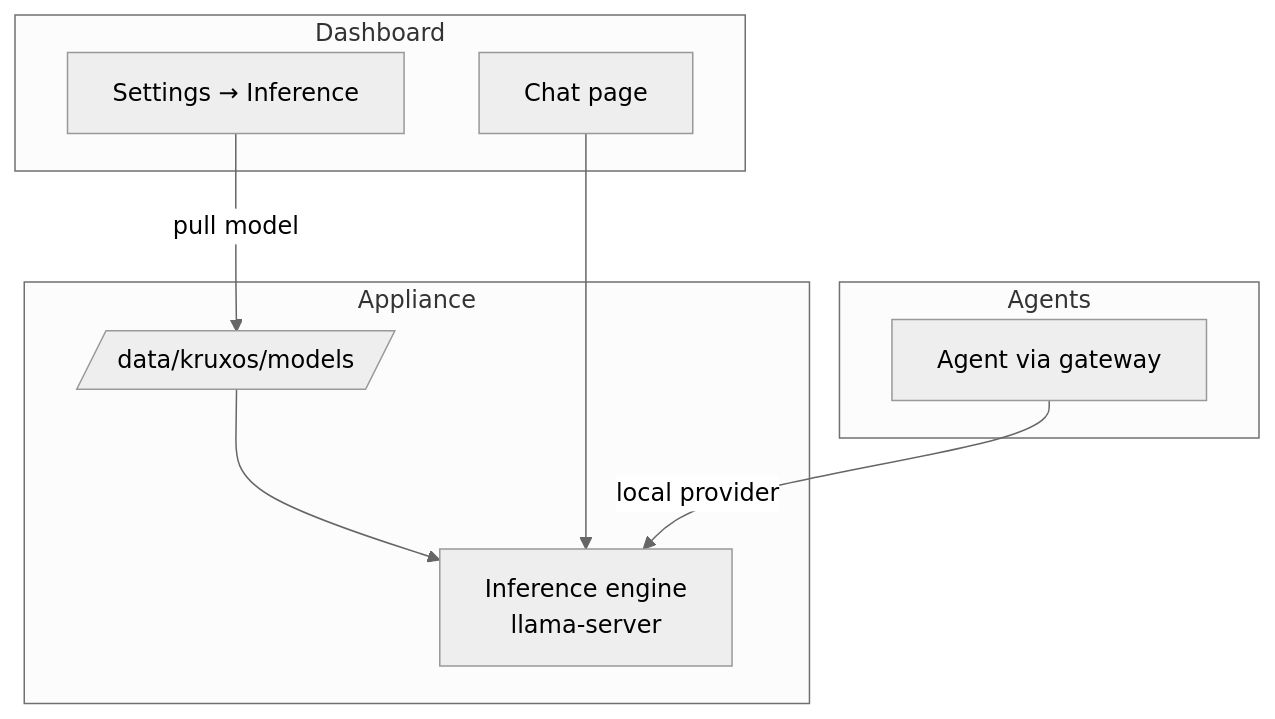
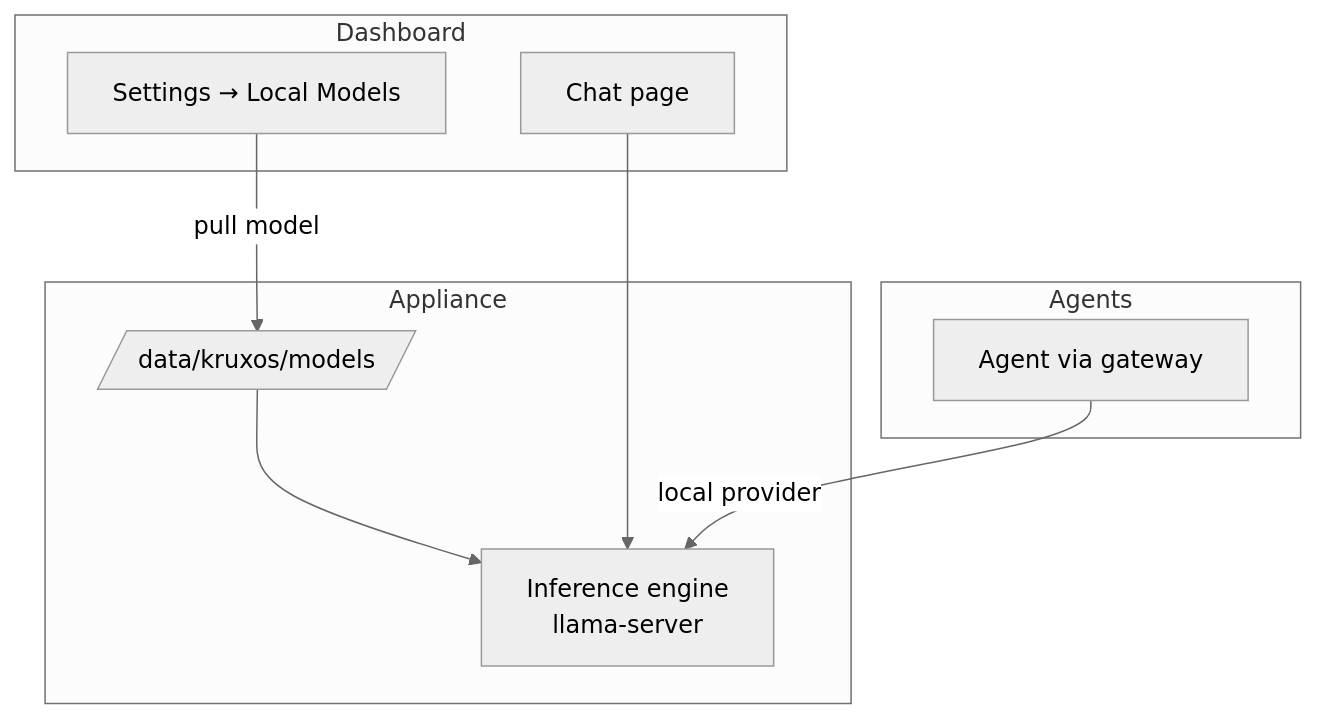
Before and after one commit to altvale/kruxos: the diagram in docs/public/docs/guides/on-appliance-inference.md, drawn with Mermaid (neutral theme). The commit also changed other lines of this file and 1 other file, not shown here.

First line of the commit message:
docs: document the model-license advisory badges (v0.0.3) + Local Models tab name

````diff
--- a/docs/public/docs/guides/on-appliance-inference.md
+++ b/docs/public/docs/guides/on-appliance-inference.md
@@ -9,18 +9,18 @@
 ```mermaid
 flowchart TB
     subgraph Dashboard
-        INF[Settings → Inference]
+        INF[Settings → Local Models]
         CHAT[Chat page]
     end
     subgraph Appliance
         ENG[Inference engine<br/>llama-server]
         DATA[/data/kruxos/models/]
     end
     subgraph Agents
         AGT[Agent via gateway]
     end
     INF -->|pull model| DATA
     DATA --> ENG
     CHAT --> ENG
     AGT -->|local provider| ENG
 ```
````
